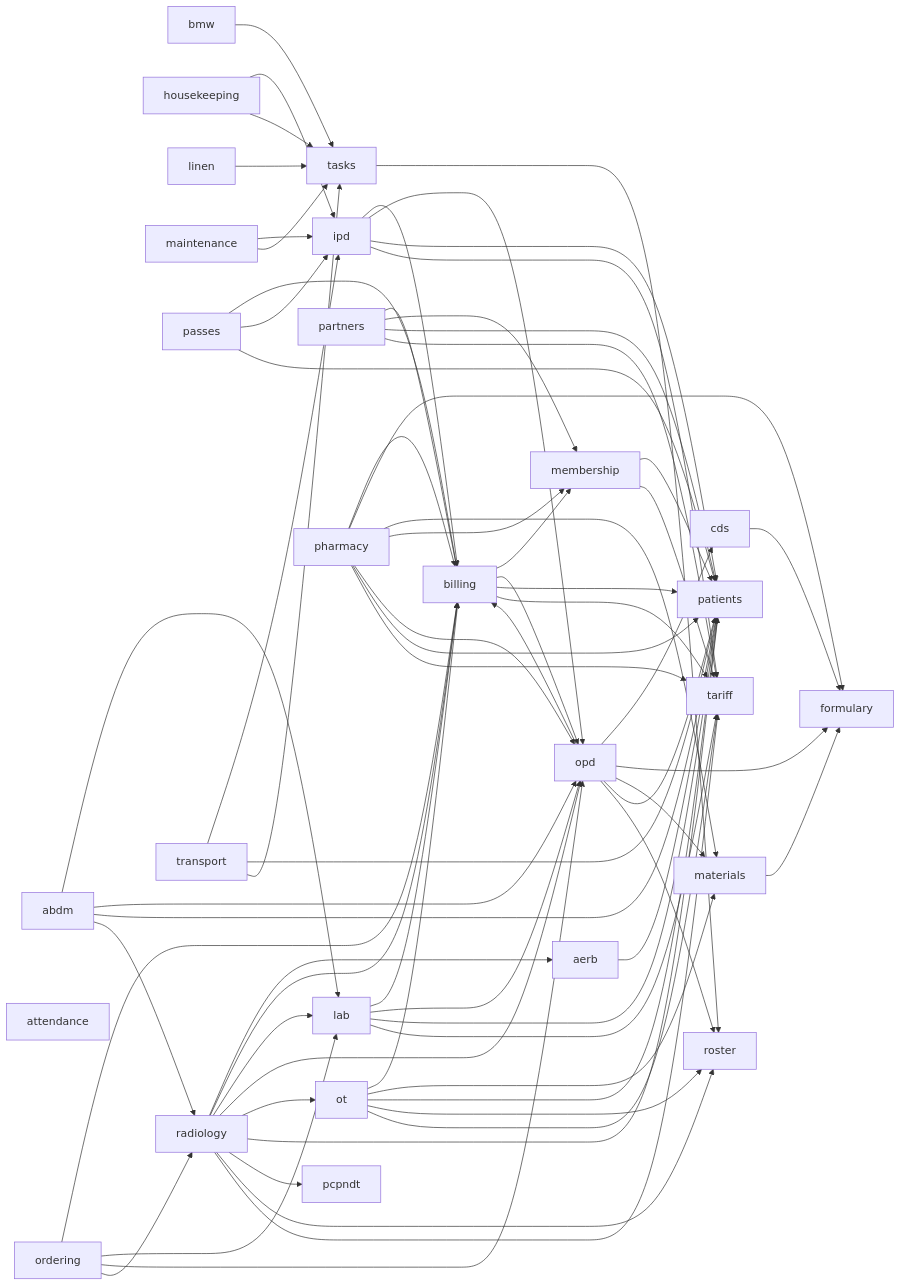
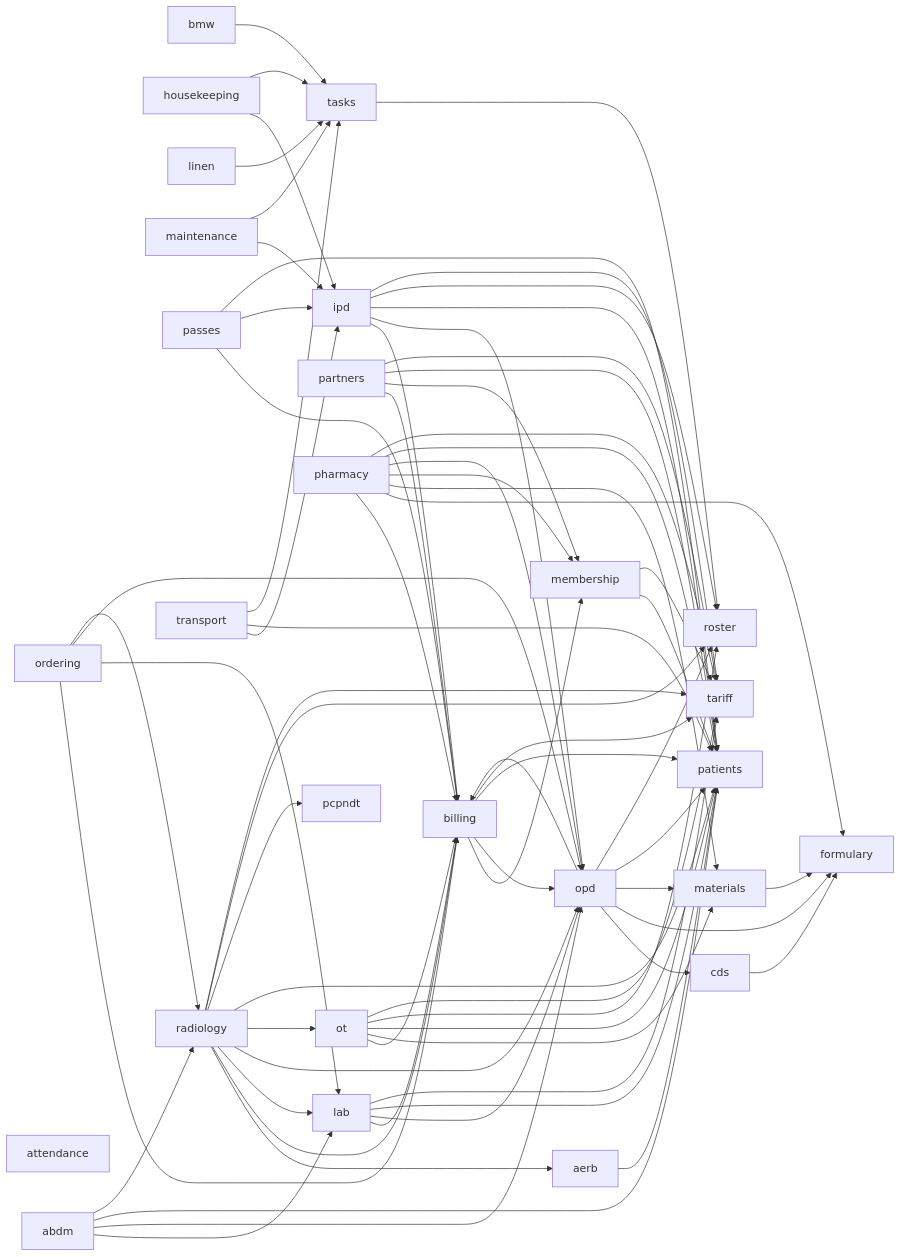
Before and after one commit to ankits3a/hims-hmis: the second of 2 diagrams in docs/architecture/README.md, drawn with Mermaid. The commit also changed other lines of this file and 56 other files, not shown here.

```diff
--- a/docs/architecture/README.md
+++ b/docs/architecture/README.md
@@ -73,6 +73,7 @@
   ipd --> billing
   ipd --> opd
   ipd --> patients
+  ipd --> roster
   ipd --> tariff
   lab --> billing
   lab --> opd
```
